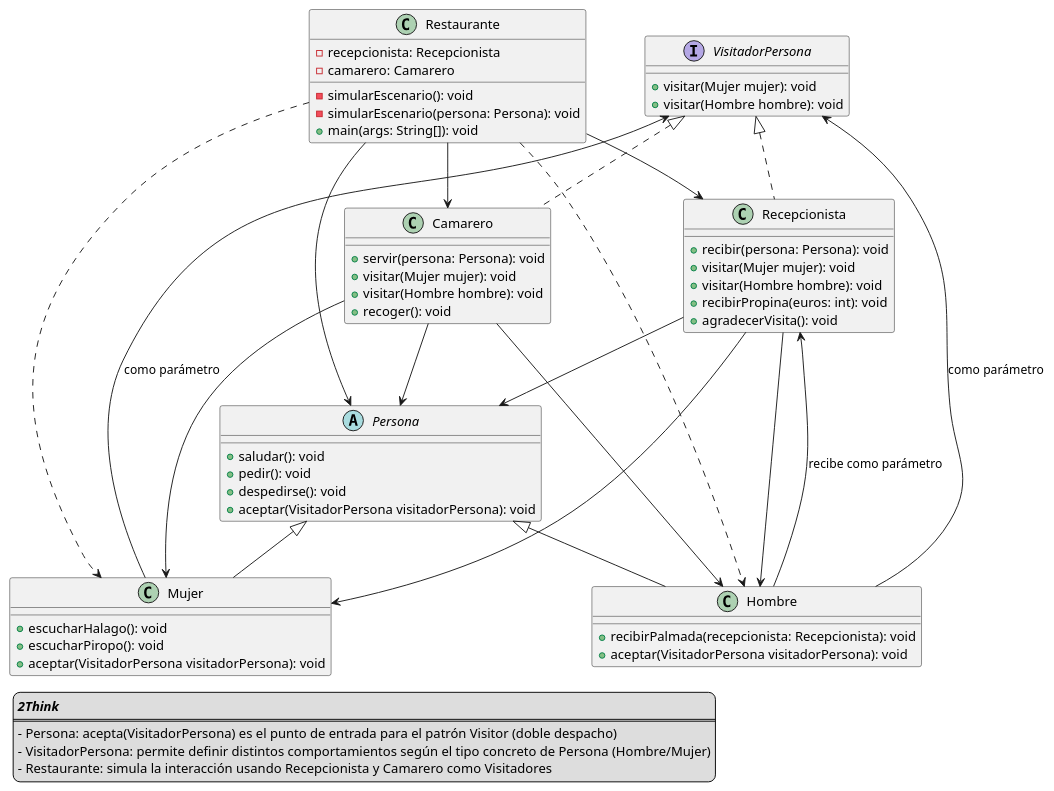
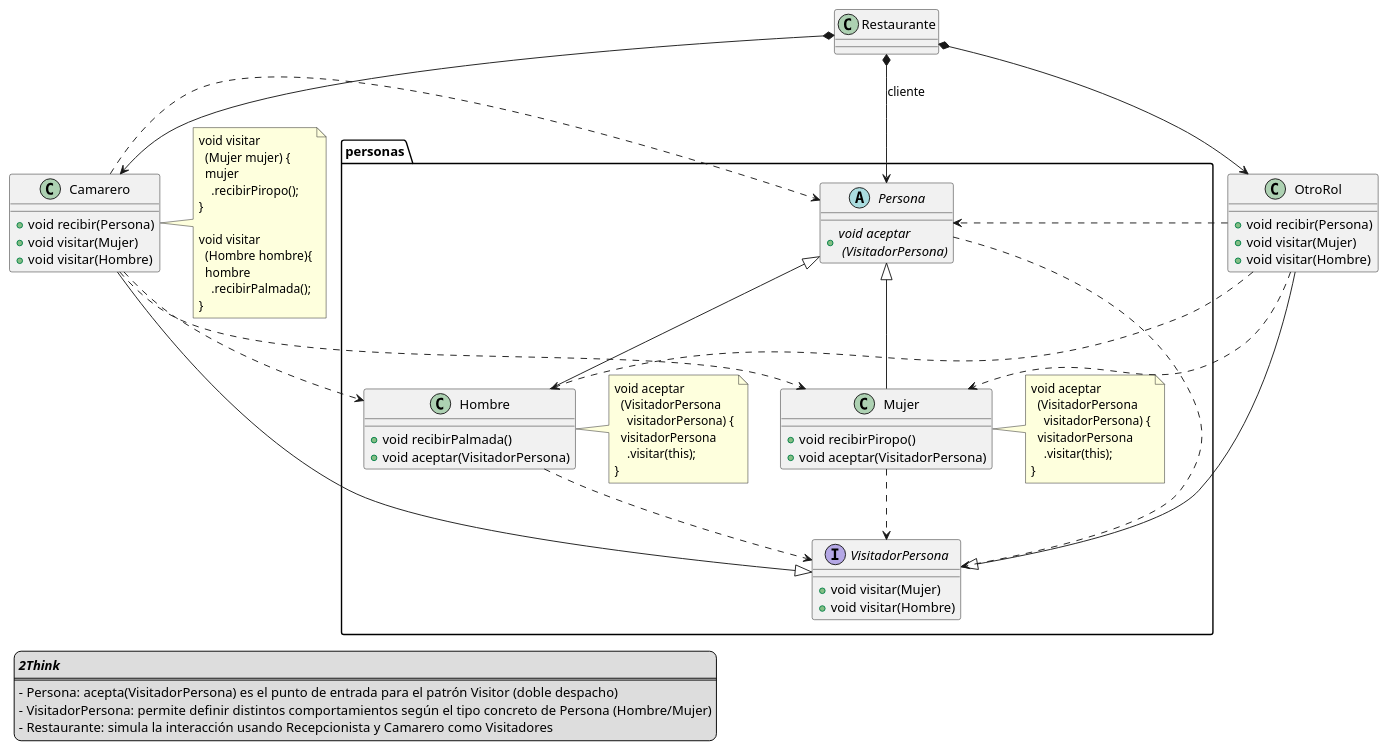
One commit to Martinez-rosa/IdSw2 changed the diagram in temario/03-diseñoOO/src/00-DD/v002-extensible/v002.puml. Above: the diagram before and after it, drawn with PlantUML. The commit also changed 4 other files, not shown here.

```diff
--- a/temario/03-diseñoOO/src/00-DD/v002-extensible/v002.puml
+++ b/temario/03-diseñoOO/src/00-DD/v002-extensible/v002.puml
@@ -1,82 +1,100 @@
 @startuml
 
-interface VisitadorPersona {
-  +visitar(Mujer mujer): void
-  +visitar(Hombre hombre): void
+class OtroRol  {
++ void recibir(Persona)
++ void visitar(Mujer)
++ void visitar(Hombre)
 }
 
-abstract class Persona {
-  +saludar(): void
-  +pedir(): void
-  +despedirse(): void
-  +aceptar(VisitadorPersona visitadorPersona): void
+class Camarero  {
++ void recibir(Persona)
++ void visitar(Mujer)
++ void visitar(Hombre)
+}
+note right
+void visitar
+  (Mujer mujer) {
+  mujer
+    .recibirPiropo();
 }
 
-class Hombre {
-  +recibirPalmada(recepcionista: Recepcionista): void
-  +aceptar(VisitadorPersona visitadorPersona): void
+void visitar
+  (Hombre hombre){
+  hombre
+    .recibirPalmada();
+}
+endnote
+
+package personas {
+
+interface VisitadorPersona {
++ void visitar(Mujer)
++ void visitar(Hombre)
+}
+
+together {
+abstract class Persona {
++ {abstract} void aceptar\n (VisitadorPersona)
 }
 
 class Mujer {
-  +escucharHalago(): void
-  +escucharPiropo(): void
-  +aceptar(VisitadorPersona visitadorPersona): void
++ void recibirPiropo()
++ void aceptar(VisitadorPersona)
+}
+note right
+void aceptar
+  (VisitadorPersona
+    visitadorPersona) {
+  visitadorPersona
+    .visitar(this);
+}
+endnote
+
+class Hombre  {
++ void recibirPalmada()
++ void aceptar(VisitadorPersona)
+}
+note right
+void aceptar
+  (VisitadorPersona
+    visitadorPersona) {
+  visitadorPersona
+    .visitar(this);
+}
+endnote
+
+}
 }
 
-class Recepcionista {
-  +recibir(persona: Persona): void
-  +visitar(Mujer mujer): void
-  +visitar(Hombre hombre): void
-  +recibirPropina(euros: int): void
-  +agradecerVisita(): void
-}
+Restaurante *-down-> Camarero
+Restaurante *-down-> OtroRol
+Restaurante *-down-> Persona : cliente
 
-class Camarero {
-  +servir(persona: Persona): void
-  +visitar(Mujer mujer): void
-  +visitar(Hombre hombre): void
-  +recoger(): void
-}
+Persona <|-down- Hombre
+Persona <|-down- Mujer
 
-class Restaurante {
-  -recepcionista: Recepcionista
-  -camarero: Camarero
-  -simularEscenario(): void
-  -simularEscenario(persona: Persona): void
-  +main(args: String[]): void
-}
+VisitadorPersona <|-down- Camarero
+VisitadorPersona <|-down- OtroRol
 
-Persona <|-- Hombre
-Persona <|-- Mujer
+OtroRol ..> Persona
+OtroRol ..> Hombre
+OtroRol ..> Mujer
 
-VisitadorPersona <|.. Recepcionista
-VisitadorPersona <|.. Camarero
+Camarero ..> Persona
+Camarero ..> Hombre
+Camarero ..> Mujer
 
-Restaurante --> Recepcionista
-Restaurante --> Camarero
-Restaurante --> Persona
-Restaurante ..> Hombre
-Restaurante ..> Mujer
-
-Recepcionista --> Mujer
-Recepcionista --> Hombre
-Recepcionista --> Persona
-
-Camarero --> Mujer
-Camarero --> Hombre
-Camarero --> Persona
-
-Hombre --> Recepcionista : recibe como parámetro
-Mujer --> VisitadorPersona : como parámetro
-Hombre --> VisitadorPersona : como parámetro
+Hombre ..> VisitadorPersona
+Mujer ..> VisitadorPersona
+Persona ..> VisitadorPersona
 
 
 legend left
 <b><i>2Think</i></b>
 ====
 - Persona: acepta(VisitadorPersona) es el punto de entrada para el patrón Visitor (doble despacho)
 - VisitadorPersona: permite definir distintos comportamientos según el tipo concreto de Persona (Hombre/Mujer)
 - Restaurante: simula la interacción usando Recepcionista y Camarero como Visitadores
 endlegend
 
 @enduml
```
